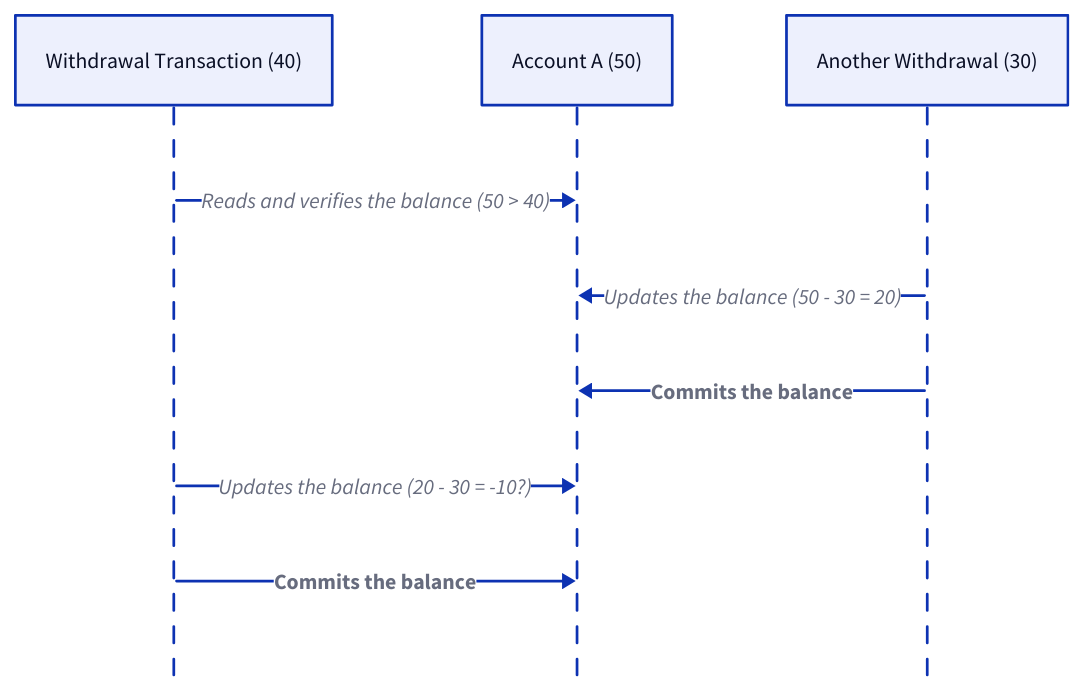
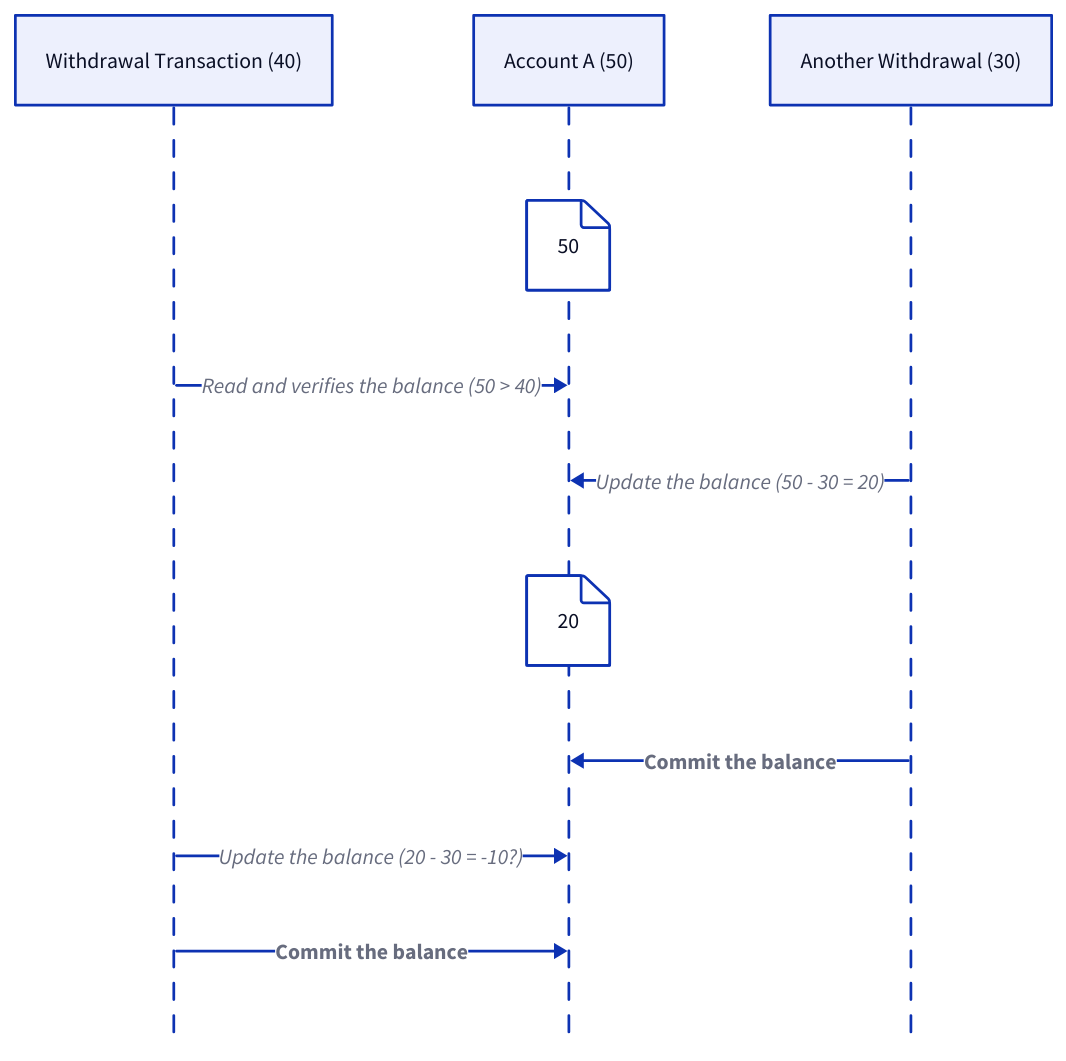
Before and after one commit to link1905/system-design-101: the tenth of 29 diagrams in content/docs/data-persistence/sql-database/concurrency-control.md, drawn with D2. The commit also changed other lines of this file and 40 other files, not shown here.

````diff
--- a/content/docs/data-persistence/sql-database/concurrency-control.md
+++ b/content/docs/data-persistence/sql-database/concurrency-control.md
@@ -319,17 +328,23 @@
 ```d2
 shape: sequence_diagram
 t: Withdrawal Transaction (40)
 a: Account A (50)
 t1: Another Withdrawal (30)
-t -> a: Reads and verifies the balance (50 > 40)
-t1 -> a: Updates the balance (50 - 30 = 20)
-t1 -> a: Commits the balance {
+a {
+  "50"
+}
+t -> a: Read and verifies the balance (50 > 40)
+t1 -> a: Update the balance (50 - 30 = 20)
+a {
+  "20"
+}
+t1 -> a: Commit the balance {
     style.bold: true
 }
-t -> a: Updates the balance (20 - 30 = -10?) {
+t -> a: Update the balance (20 - 30 = -10?) {
     class: error-conn
 }
-t -> a: Commits the balance {
+t -> a: Commit the balance {
     style.bold: true
 }
 ```
````
